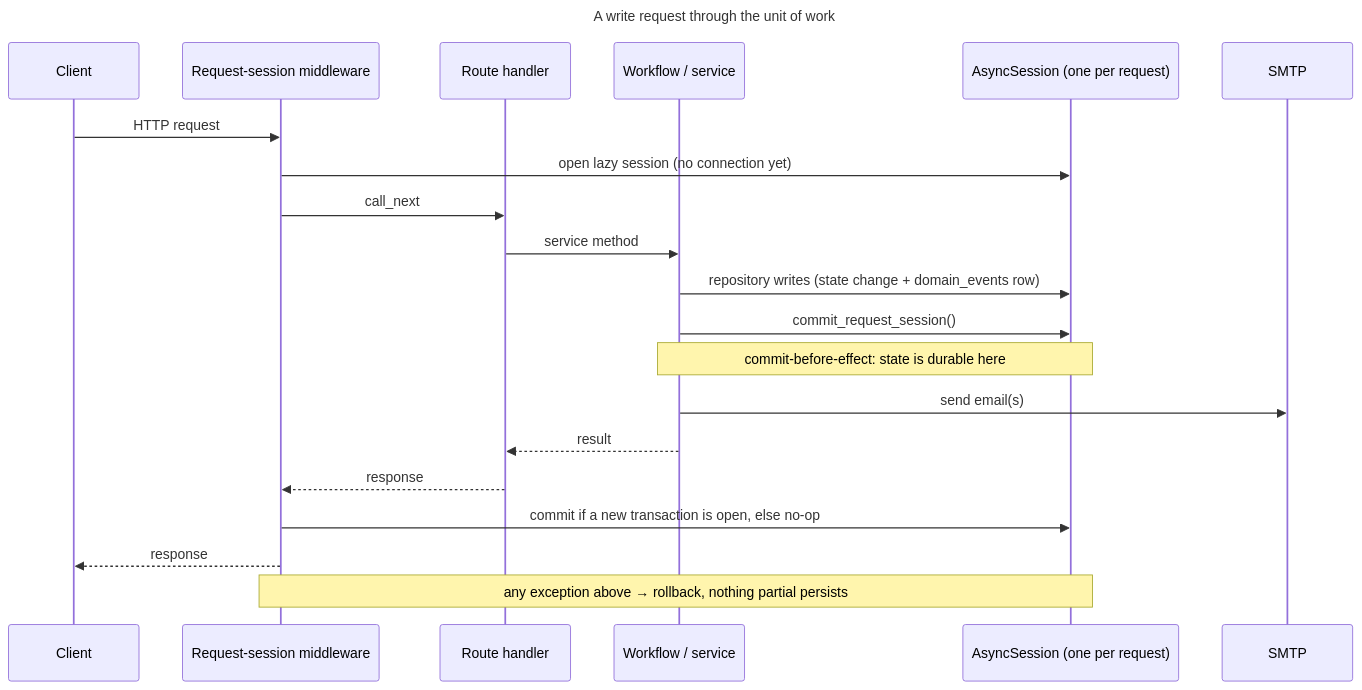
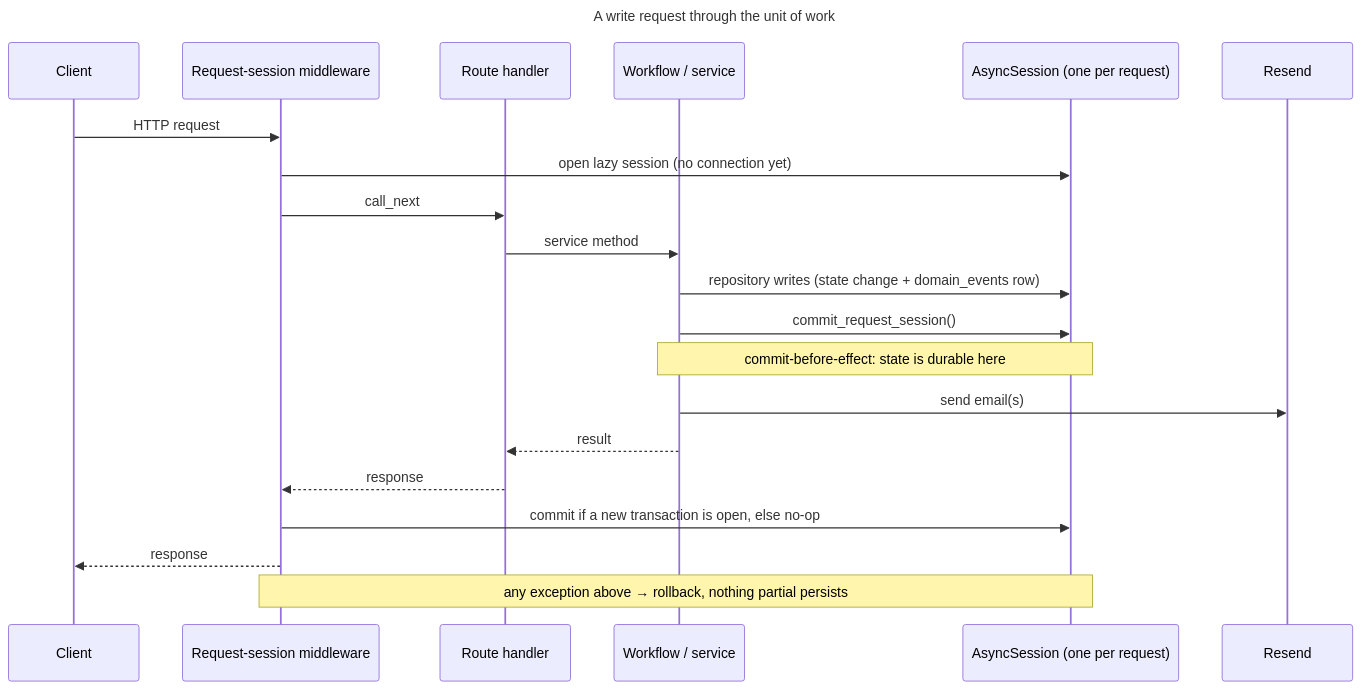
The second of 3 diagrams in docs/explanation/kvarteret-personal-architecture.md (kvarteret/kvarteret-personal), drawn with Mermaid before and after one commit. The commit also changed other lines of this file and 27 other files, not shown here.

Commit message:
Replace application SMTP transport with idempotent Resend API delivery

````diff
--- a/docs/explanation/kvarteret-personal-architecture.md
+++ b/docs/explanation/kvarteret-personal-architecture.md
@@ -64,26 +64,26 @@
 ```mermaid
 ---
 title: A write request through the unit of work
 ---
 sequenceDiagram
     participant C as Client
     participant M as Request-session middleware
     participant R as Route handler
     participant W as Workflow / service
     participant DB as AsyncSession (one per request)
-    participant SMTP as SMTP
+    participant Resend as Resend
 
     C->>M: HTTP request
     M->>DB: open lazy session (no connection yet)
     M->>R: call_next
     R->>W: service method
     W->>DB: repository writes (state change + domain_events row)
     W->>DB: commit_request_session()
     Note over W,DB: commit-before-effect: state is durable here
-    W->>SMTP: send email(s)
+    W->>Resend: send email(s)
     W-->>R: result
     R-->>M: response
     M->>DB: commit if a new transaction is open, else no-op
     M-->>C: response
     Note over M,DB: any exception above → rollback, nothing partial persists
 ```
````
